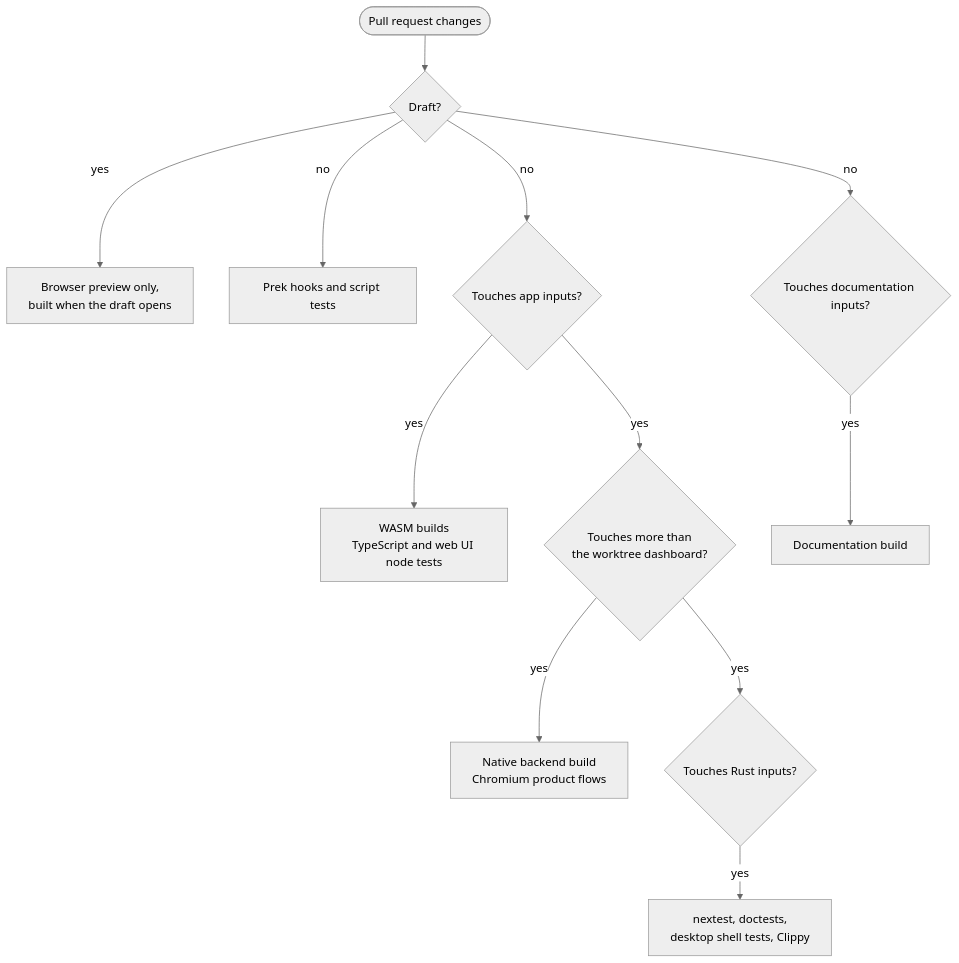
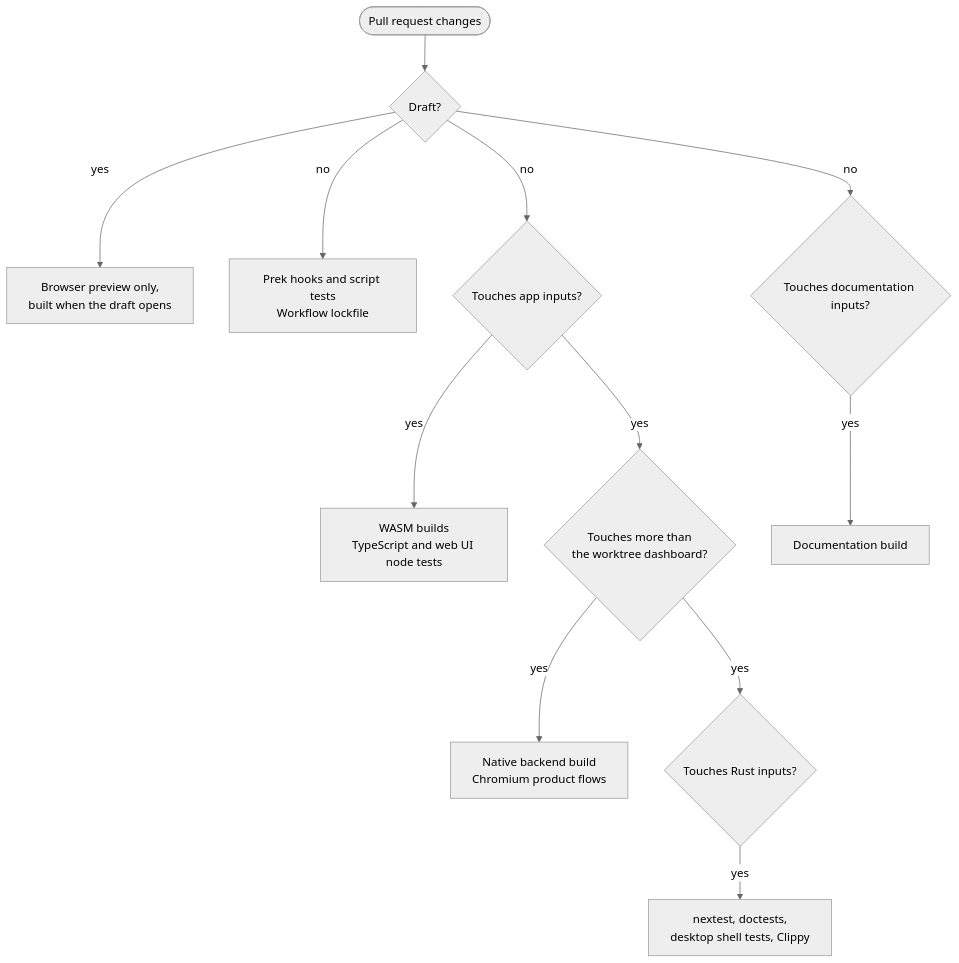
One commit to stewartadam/nightfall-lightdesk changed the diagram in docs/internal/src/contributing/testing.md. Above: the diagram before and after it, drawn with Mermaid (neutral theme). The commit also changed other lines of this file and 10 other files, not shown here.

````diff
--- a/docs/internal/src/contributing/testing.md
+++ b/docs/internal/src/contributing/testing.md
@@ -165,16 +179,16 @@
 ```mermaid
 flowchart TB
   accTitle: How a pull request's changes select CI jobs
-  accDescr: A draft pull request builds only its browser preview, and only when it opens. A pull request that is ready for review always runs the hook and script tests. App inputs add the WASM builds and the web UI node tests. App inputs outside the worktree dashboard add the native backend build and the Chromium product flows. Rust inputs add Rust tests, doctests, desktop shell tests, and Clippy. Documentation inputs add the book build.
+  accDescr: A draft pull request builds only its browser preview, and only when it opens. A pull request that is ready for review always runs the hook and script tests and the workflow lockfile check. App inputs add the WASM builds and the web UI node tests. App inputs outside the worktree dashboard add the native backend build and the Chromium product flows. Rust inputs add Rust tests, doctests, desktop shell tests, and Clippy. Documentation inputs add the book build.
   pr([Pull request changes]) --> draft{Draft?}
   draft -- yes --> preview[Browser preview only,<br/>built when the draft opens]
-  draft -- no --> always[Prek hooks and script tests]
+  draft -- no --> always[Prek hooks and script tests<br/>Workflow lockfile]
   draft -- no --> app{Touches app inputs?}
   draft -- no --> docs{Touches documentation inputs?}
   app -- yes --> appjobs[WASM builds<br/>TypeScript and web UI node tests]
   app -- yes --> native{Touches more than<br/>the worktree dashboard?}
   native -- yes --> nativejobs[Native backend build<br/>Chromium product flows]
   native -- yes --> rust{Touches Rust inputs?}
   rust -- yes --> rusttests[nextest, doctests,<br/>desktop shell tests, Clippy]
   docs -- yes --> book[Documentation build]
 ```
````
